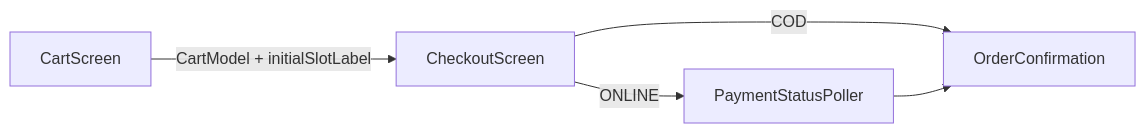
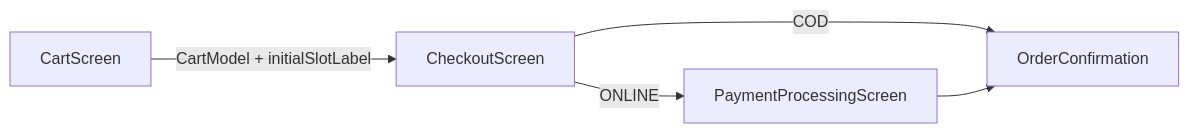
Before and after one commit to Deon404/MeatvoApp: the first of 3 diagrams in frontend/docs/checkout-flow.md, drawn with Mermaid. The commit also changed other lines of this file and 11 other files, not shown here.

````diff
--- a/frontend/docs/checkout-flow.md
+++ b/frontend/docs/checkout-flow.md
@@ -33,12 +33,12 @@
 ```mermaid
 flowchart LR
   Cart[CartScreen]
   Checkout[CheckoutScreen]
-  Poller[PaymentStatusPoller]
+  Poller[PaymentProcessingScreen]
   Confirm[OrderConfirmation]
 
   Cart -->|"CartModel + initialSlotLabel"| Checkout
   Checkout -->|"COD"| Confirm
   Checkout -->|"ONLINE"| Poller
   Poller --> Confirm
 ```
````
